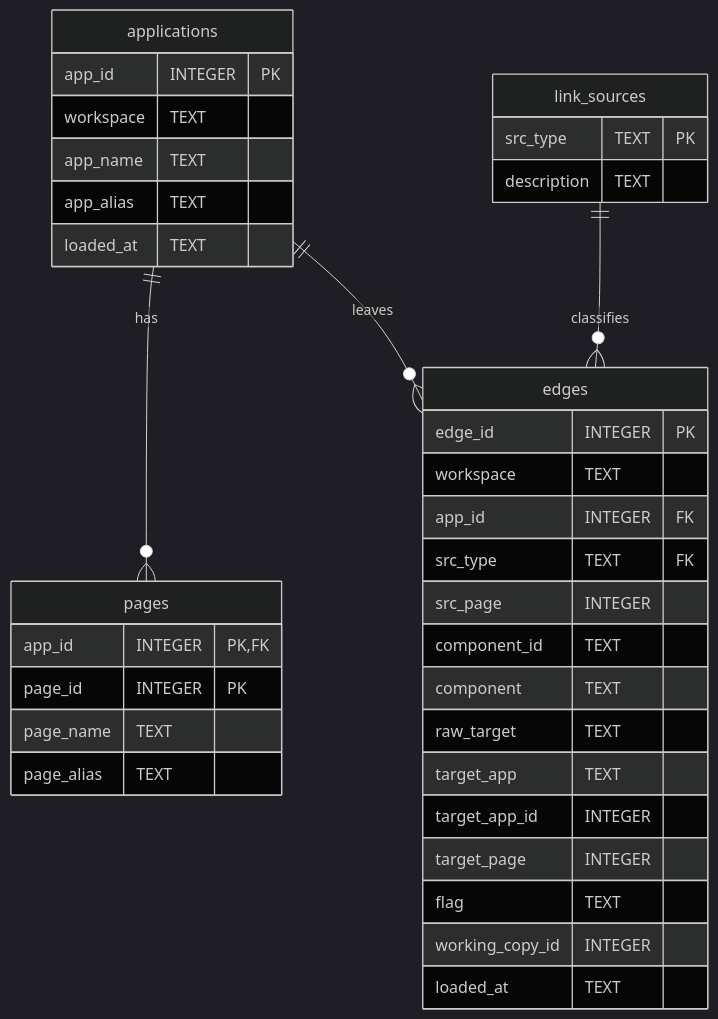
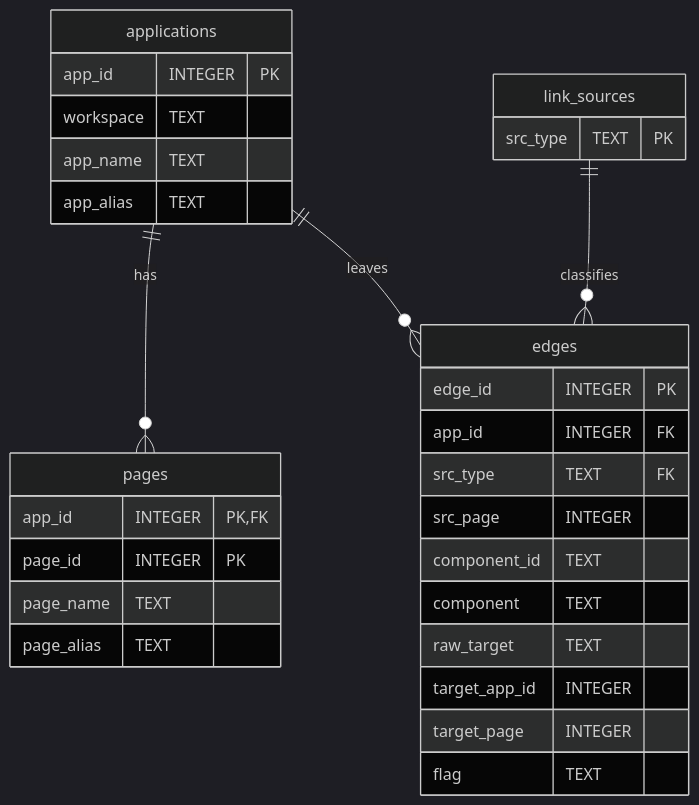
The diagram in docs/storage_flow.md (jkvetina/ADT.ai), drawn with Mermaid (dark theme) before and after one commit. The commit also changed other lines of this file and 80 other files, not shown here.

````diff
--- a/docs/storage_flow.md
+++ b/docs/storage_flow.md
@@ -9,39 +9,33 @@
 ```mermaid
 erDiagram
     applications {
         app_id INTEGER PK
         workspace TEXT
         app_name TEXT
         app_alias TEXT
-        loaded_at TEXT
     }
     pages {
         app_id INTEGER PK, FK
         page_id INTEGER PK
         page_name TEXT
         page_alias TEXT
     }
     link_sources {
         src_type TEXT PK
-        description TEXT
     }
     edges {
         edge_id INTEGER PK
-        workspace TEXT
         app_id INTEGER FK
         src_type TEXT FK
         src_page INTEGER
         component_id TEXT
         component TEXT
         raw_target TEXT
-        target_app TEXT
         target_app_id INTEGER
         target_page INTEGER
         flag TEXT
-        working_copy_id INTEGER
-        loaded_at TEXT
     }
     applications ||--o{ pages : has
     applications ||--o{ edges : leaves
     link_sources ||--o{ edges : classifies
 ```
````
